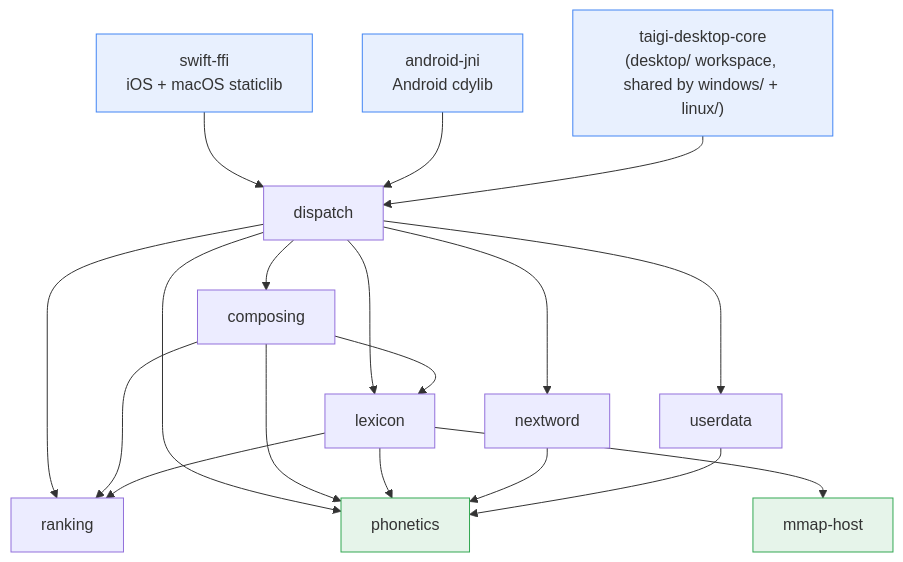
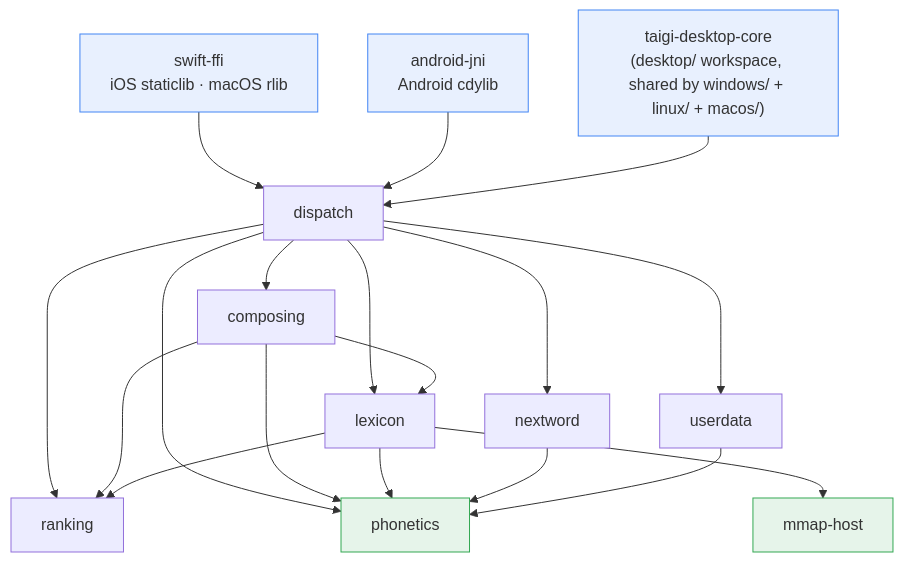
Before and after one commit to yapinxxx/taigikeyboard: the second of 4 diagrams in docs/architecture/system-overview.md, drawn with Mermaid. The commit also changed other lines of this file and 5 other files, not shown here.

First line of the commit message:
docs(architecture): macOS key path over desktop-core

````diff
--- a/docs/architecture/system-overview.md
+++ b/docs/architecture/system-overview.md
@@ -69,25 +71,25 @@
 ```mermaid
 graph TD
-    swiftffi["swift-ffi<br/>iOS + macOS staticlib"] --> dispatch
+    swiftffi["swift-ffi<br/>iOS staticlib · macOS rlib"] --> dispatch
     androidjni["android-jni<br/>Android cdylib"] --> dispatch
-    wincore["taigi-desktop-core<br/>(desktop/ workspace, shared by windows/ + linux/)"] --> dispatch
+    wincore["taigi-desktop-core<br/>(desktop/ workspace, shared by windows/ + linux/ + macos/)"] --> dispatch
     dispatch --> composing
     dispatch --> lexicon
     dispatch --> nextword
     dispatch --> ranking
     dispatch --> userdata
     dispatch --> phonetics
     composing --> lexicon
     composing --> ranking
     composing --> phonetics
     lexicon --> ranking
     lexicon --> phonetics
     lexicon --> mmaphost["mmap-host"]
     nextword --> phonetics
     userdata --> phonetics
 
     classDef adapter fill:#e8f0fe,stroke:#4285f4;
     classDef leaf fill:#e6f4ea,stroke:#34a853;
     class swiftffi,androidjni,wincore adapter;
     class phonetics,mmaphost leaf;
 ```
````
